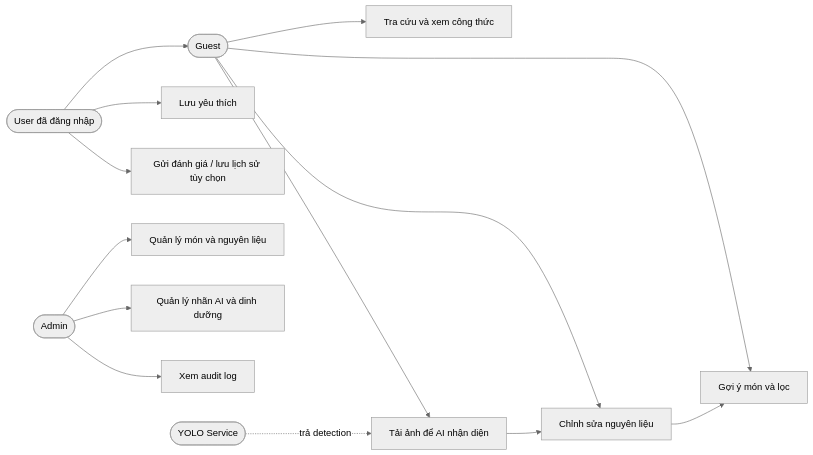
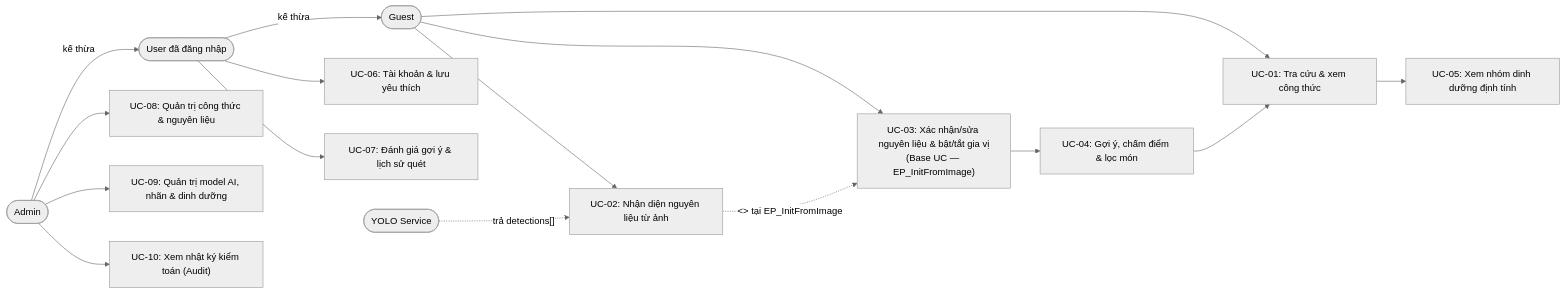
Before and after one commit to phongg2905/foodVision-AI: the diagram in docs/01-requirements/use-cases.md, drawn with Mermaid (neutral theme). The commit also changed other lines of this file and 7 other files, not shown here.

````diff
--- a/docs/01-requirements/use-cases.md
+++ b/docs/01-requirements/use-cases.md
@@ -9,16 +16,21 @@
 ```mermaid
 flowchart LR
-    G([Guest]) --> B[Tra cứu và xem công thức]
-    G --> C[Tải ảnh để AI nhận diện]
-    G --> D[Chỉnh sửa nguyên liệu]
-    G --> E[Gợi ý món và lọc]
-    D --> E
-    C --> D
-    U([User đã đăng nhập]) --> G
-    U --> F[Lưu yêu thích]
-    U --> H[Gửi đánh giá / lưu lịch sử tùy chọn]
-    A([Admin]) --> J[Quản lý món và nguyên liệu]
-    A --> K[Quản lý nhãn AI và dinh dưỡng]
-    A --> L[Xem audit log]
-    S([YOLO Service]) -. trả detection .-> C
+    G(["Guest"]) --> UC01["UC-01: Tra cứu & xem công thức"]
+    G --> UC03["UC-03: Xác nhận/sửa nguyên liệu & bật/tắt gia vị\n(Base UC — EP_InitFromImage)"]
+    UC02["UC-02: Nhận diện nguyên liệu từ ảnh"] -. "<<extend>> tại EP_InitFromImage" .-> UC03
+    G --> UC02
+    UC03 --> UC04["UC-04: Gợi ý, chấm điểm & lọc món"]
+    UC04 --> UC01
+    UC01 --> UC05["UC-05: Xem nhóm dinh dưỡng định tính"]
+
+    U(["User đã đăng nhập"]) -->|kế thừa| G
+    U --> UC06["UC-06: Tài khoản & lưu yêu thích"]
+    U --> UC07["UC-07: Đánh giá gợi ý & lịch sử quét"]
+
+    A(["Admin"]) -->|kế thừa| U
+    A --> UC08["UC-08: Quản trị công thức & nguyên liệu"]
+    A --> UC09["UC-09: Quản trị model AI, nhãn & dinh dưỡng"]
+    A --> UC10["UC-10: Xem nhật ký kiểm toán (Audit)"]
+
+    AI(["YOLO Service"]) -. "trả detections[]" .-> UC02
 ```
````
